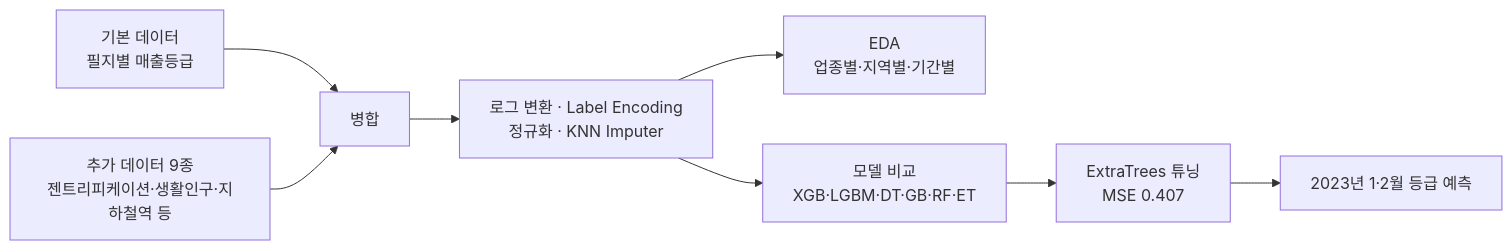
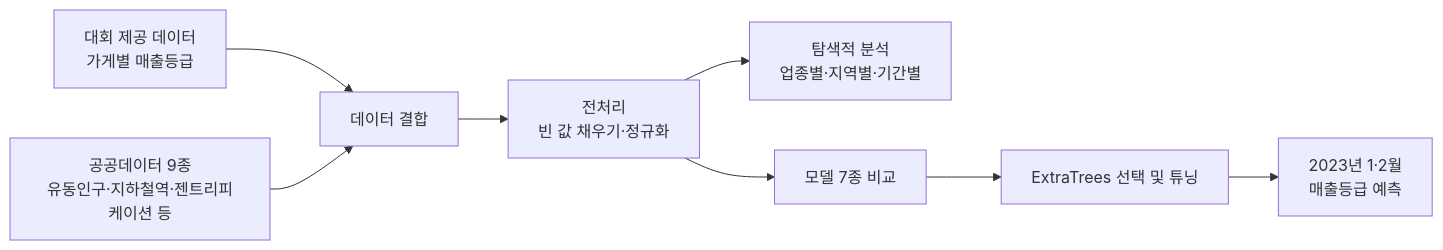
The diagram in 예상매출등급/README.md (mjk022/portfolio), drawn with Mermaid before and after one commit. The commit also changed other lines of this file and 8 other files, not shown here.

````diff
--- a/예상매출등급/README.md
+++ b/예상매출등급/README.md
@@ -13,10 +25,10 @@
 ```mermaid
 flowchart LR
-    A[기본 데이터<br/>필지별 매출등급] --> C
-    B[추가 데이터 9종<br/>젠트리피케이션·생활인구·지하철역 등] --> C[병합]
-    C --> D[로그 변환 · Label Encoding<br/>정규화 · KNN Imputer]
-    D --> E[EDA<br/>업종별·지역별·기간별]
-    D --> F[모델 비교<br/>XGB·LGBM·DT·GB·RF·ET]
-    F --> G[ExtraTrees 튜닝<br/>MSE 0.407]
-    G --> H[2023년 1·2월 등급 예측]
+    A[대회 제공 데이터<br/>가게별 매출등급] --> C[데이터 결합]
+    B[공공데이터 9종<br/>유동인구·지하철역·젠트리피케이션 등] --> C
+    C --> D[전처리<br/>빈 값 채우기·정규화]
+    D --> E[탐색적 분석<br/>업종별·지역별·기간별]
+    D --> F[모델 7종 비교]
+    F --> G[ExtraTrees 선택 및 튜닝]
+    G --> H[2023년 1·2월<br/>매출등급 예측]
 ```
````
